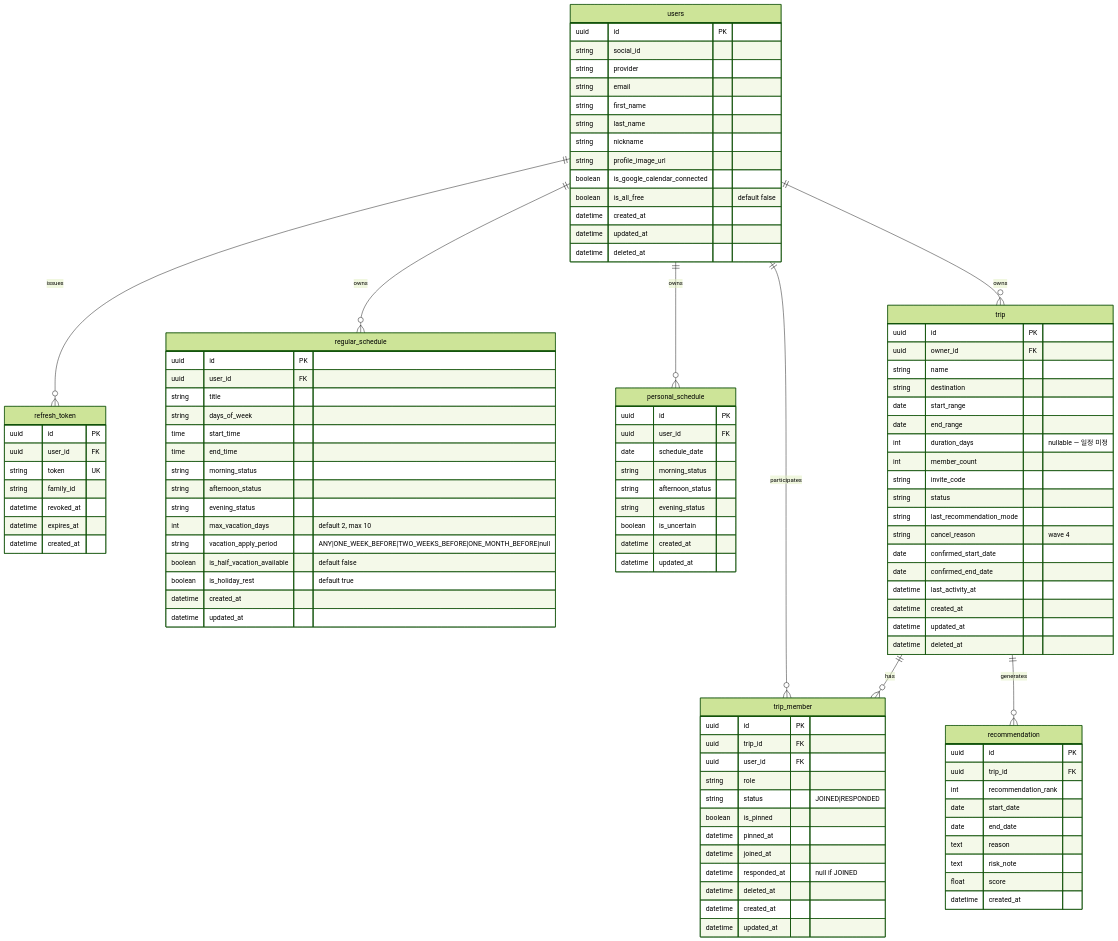
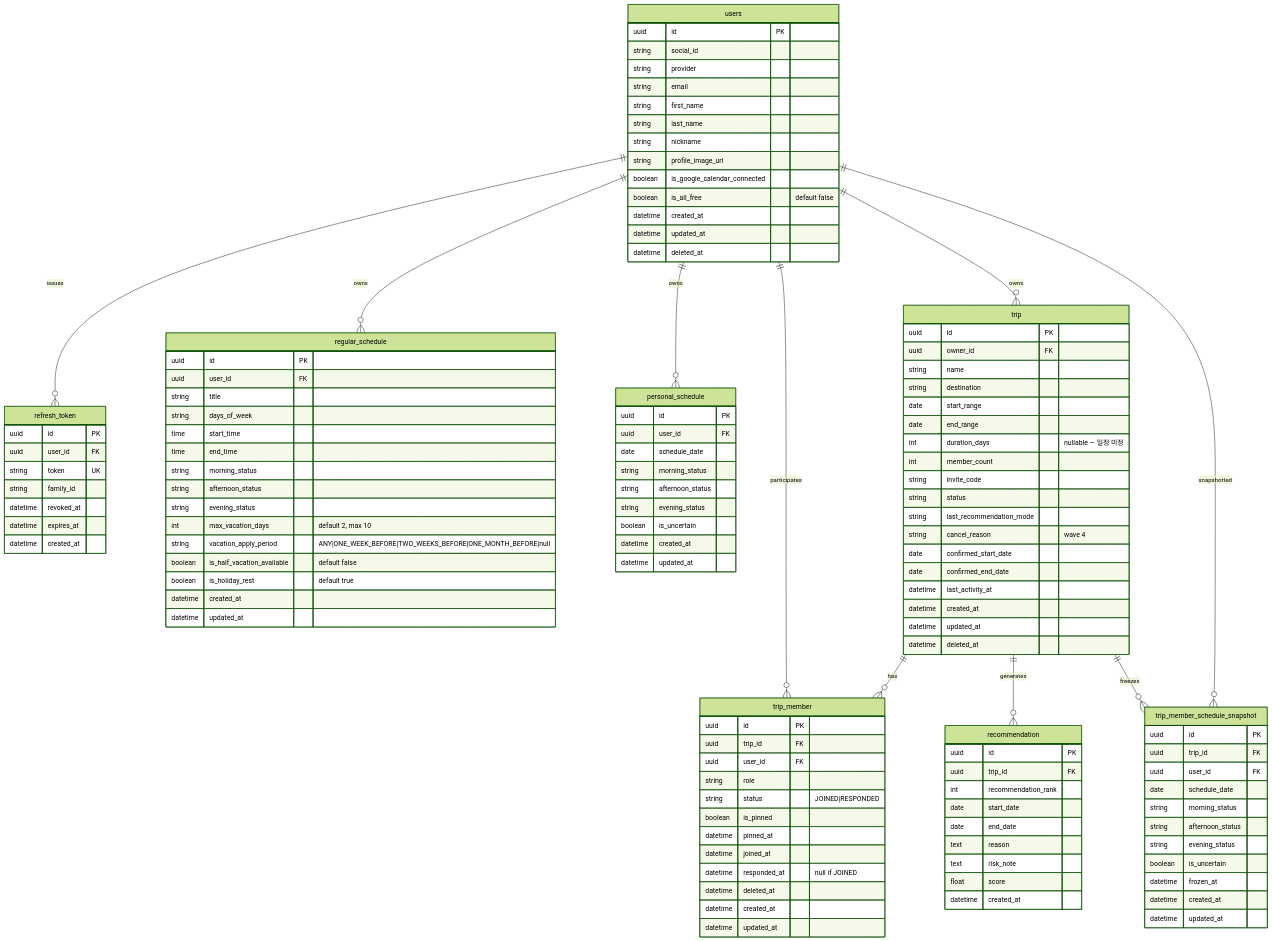
One commit to Central-MakeUs/TripFit-server changed the diagram in docs/architecture/erd.md. Above: the diagram before and after it, drawn with Mermaid (forest theme). The commit also changed other lines of this file and 4 other files, not shown here.

First line of the commit message:
Docs: #38 스냅샷 스펙·ERD·A1 용어 정리

```diff
--- a/docs/architecture/erd.md
+++ b/docs/architecture/erd.md
@@ -24,6 +24,8 @@
     users ||--o{ trip : owns
     trip ||--o{ trip_member : has
     trip ||--o{ recommendation : generates
+    trip ||--o{ trip_member_schedule_snapshot : freezes
+    users ||--o{ trip_member_schedule_snapshot : snapshotted
 
     users {
         uuid id PK
@@ -117,6 +119,20 @@
         datetime updated_at
     }
 
+    trip_member_schedule_snapshot {
+        uuid id PK
+        uuid trip_id FK
+        uuid user_id FK
+        date schedule_date
+        string morning_status
+        string afternoon_status
+        string evening_status
+        boolean is_uncertain
+        datetime frozen_at
+        datetime created_at
+        datetime updated_at
+    }
+
     recommendation {
         uuid id PK
         uuid trip_id FK
```
